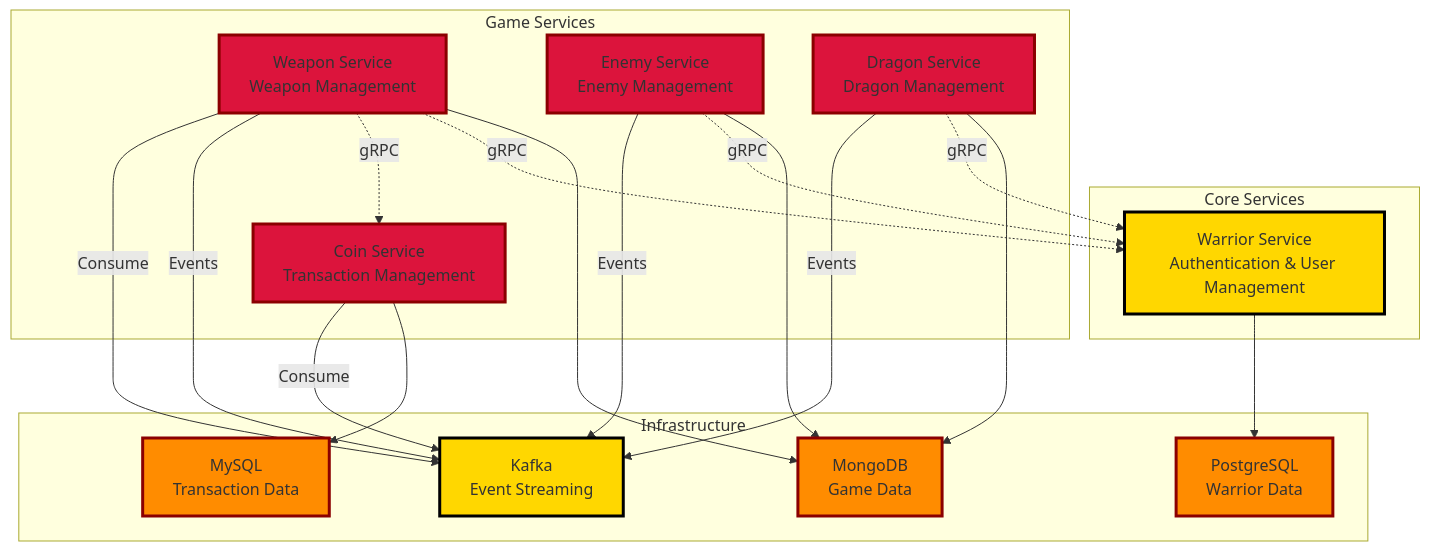
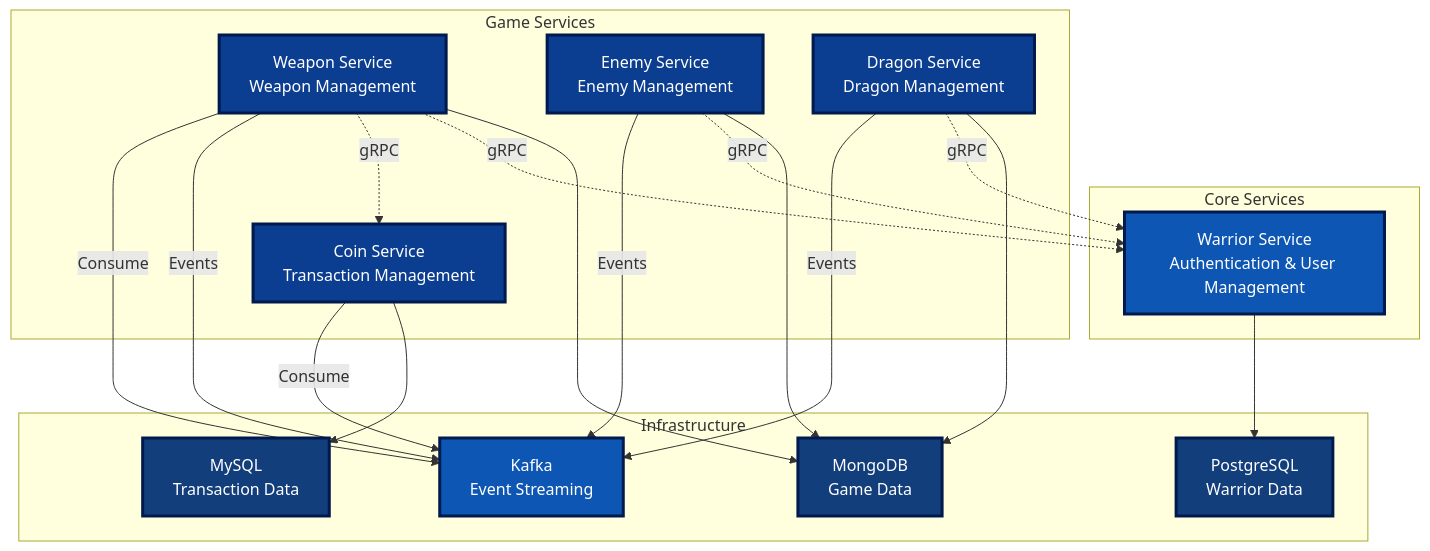
The tenth of 12 diagrams in README.md (tiraten-bot/network-sec-micro), drawn with Mermaid before and after one commit.

Commit message:
Update README.md to refine architecture diagram styles with a new color scheme, enhancing visual consistency and clarity.

````diff
--- a/README.md
+++ b/README.md
@@ -476,47 +476,47 @@
 ```mermaid
 graph TD
     subgraph "Core Services"
         W[Warrior Service<br/>Authentication & User Management]
     end
     
     subgraph "Game Services"
         WP[Weapon Service<br/>Weapon Management]
         C[Coin Service<br/>Transaction Management]
         E[Enemy Service<br/>Enemy Management]
         D[Dragon Service<br/>Dragon Management]
     end
     
     subgraph "Infrastructure"
         K[Kafka<br/>Event Streaming]
         PG[PostgreSQL<br/>Warrior Data]
         MG[MongoDB<br/>Game Data]
         MY[MySQL<br/>Transaction Data]
     end
     
     W --> PG
     WP --> MG
     E --> MG
     D --> MG
     C --> MY
     
     WP -.->|gRPC| W
     E -.->|gRPC| W
     D -.->|gRPC| W
     WP -.->|gRPC| C
     
     WP -->|Events| K
     E -->|Events| K
     D -->|Events| K
     C -->|Consume| K
     WP -->|Consume| K
     
-    style W fill:#FFD700,stroke:#000000,stroke-width:3px
-    style WP fill:#DC143C,stroke:#8B0000,stroke-width:3px
-    style C fill:#DC143C,stroke:#8B0000,stroke-width:3px
-    style E fill:#DC143C,stroke:#8B0000,stroke-width:3px
-    style D fill:#DC143C,stroke:#8B0000,stroke-width:3px
-    style K fill:#FFD700,stroke:#000000,stroke-width:3px
-    style PG fill:#FF8C00,stroke:#8B0000,stroke-width:3px
-    style MG fill:#FF8C00,stroke:#8B0000,stroke-width:3px
-    style MY fill:#FF8C00,stroke:#8B0000,stroke-width:3px
+    style W fill:#0d56b3,stroke:#001a4d,stroke-width:3px,color:#ffffff
+    style WP fill:#0b3d91,stroke:#001a4d,stroke-width:3px,color:#ffffff
+    style C fill:#0b3d91,stroke:#001a4d,stroke-width:3px,color:#ffffff
+    style E fill:#0b3d91,stroke:#001a4d,stroke-width:3px,color:#ffffff
+    style D fill:#0b3d91,stroke:#001a4d,stroke-width:3px,color:#ffffff
+    style K fill:#0d56b3,stroke:#001a4d,stroke-width:3px,color:#ffffff
+    style PG fill:#133e7c,stroke:#001a4d,stroke-width:3px,color:#ffffff
+    style MG fill:#133e7c,stroke:#001a4d,stroke-width:3px,color:#ffffff
+    style MY fill:#133e7c,stroke:#001a4d,stroke-width:3px,color:#ffffff
 ```
````
